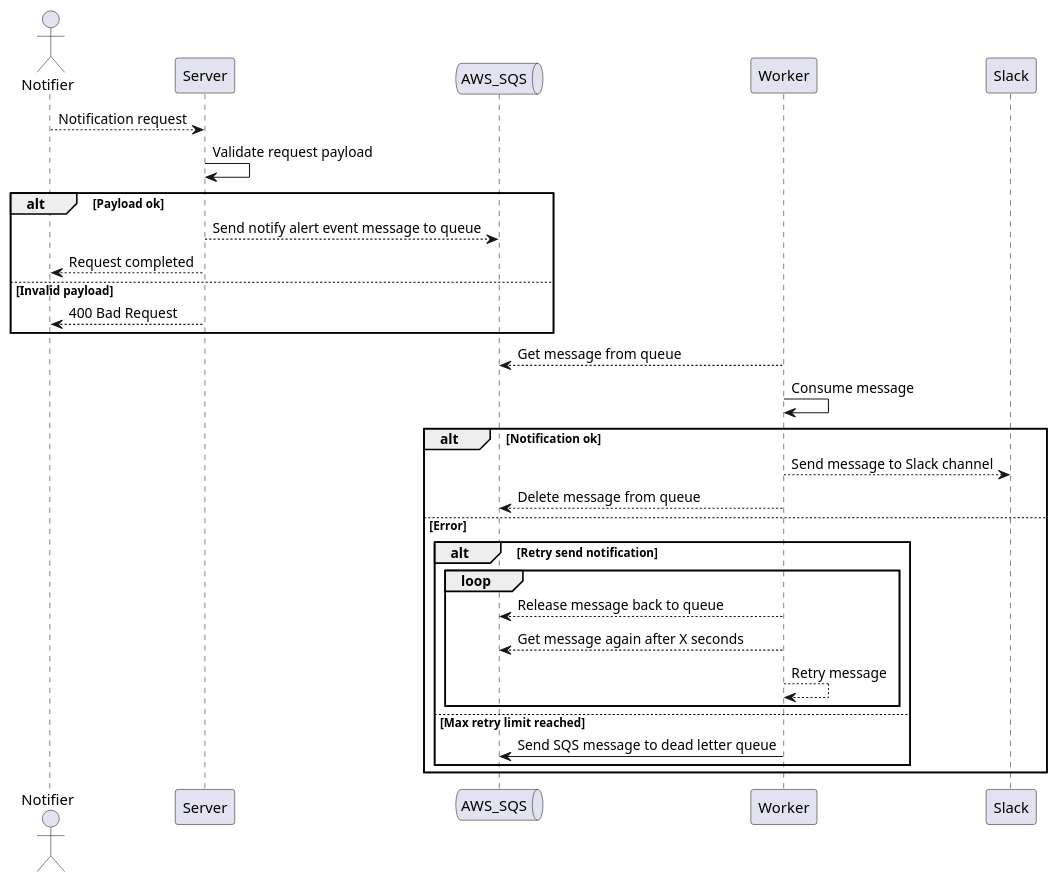
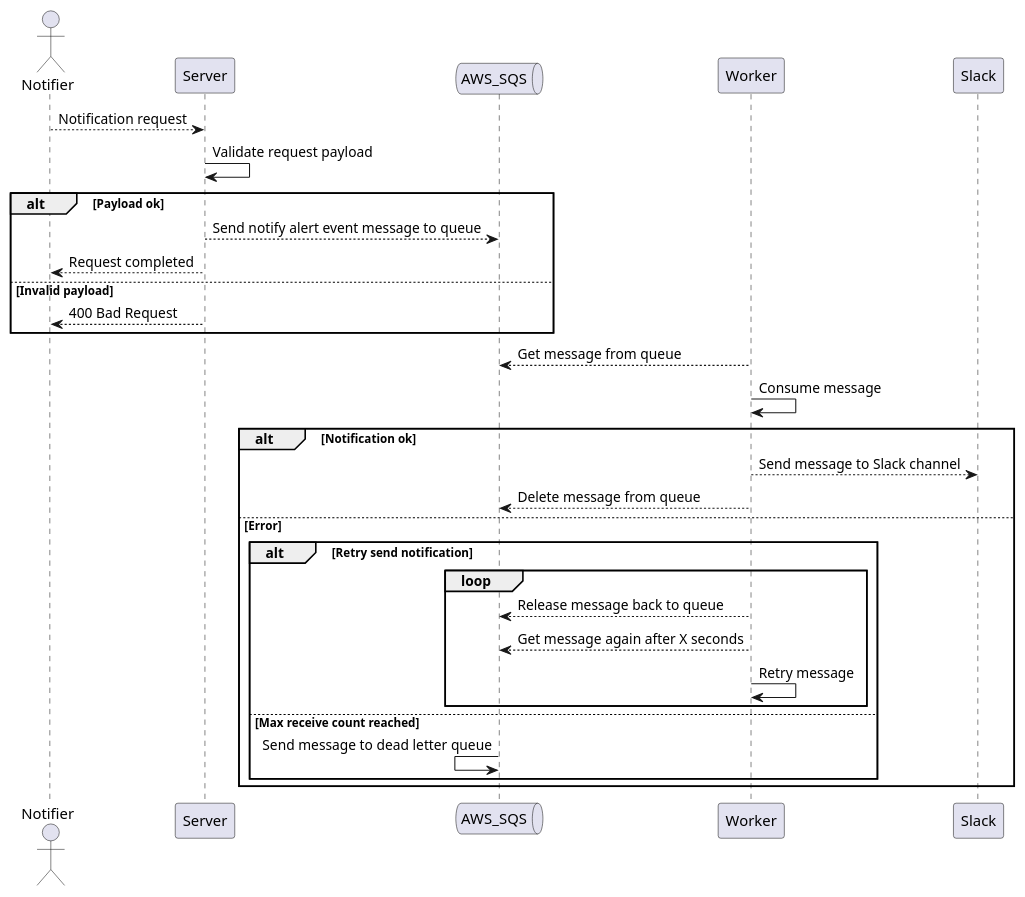
Before and after one commit to rellyson/ifood-challenge: the diagram in docs/diagrams/notify-alert-sequence-diagram.puml, drawn with PlantUML. The commit also changed 1 other file, not shown here.

Commit message:
alert diagram sqs retry updated

```diff
--- a/docs/diagrams/notify-alert-sequence-diagram.puml
+++ b/docs/diagrams/notify-alert-sequence-diagram.puml
@@ -1,37 +1,37 @@
 @startuml Notify alert sequence
 
 Actor Notifier as nf
 Participant Server as sv
 Queue AWS_SQS as sqs
 participant Worker as wk
 participant Slack as sl
 
 nf --> sv: Notification request
 sv -> sv: Validate request payload
 
 alt Payload ok
     sv --> sqs: Send notify alert event message to queue
     sv --> nf: Request completed
 else Invalid payload
     sv --> nf: 400 Bad Request
 end
 
 sqs <-- wk: Get message from queue
 wk -> wk: Consume message
 
 alt Notification ok
     wk --> sl: Send message to Slack channel
     sqs <-- wk: Delete message from queue
 else Error
         alt Retry send notification
             loop
                 sqs <-- wk: Release message back to queue
                 sqs <-- wk: Get message again after X seconds
-                wk --> wk: Retry message
+                wk -> wk: Retry message
             end
-        else Max retry limit reached
-            sqs <- wk: Send SQS message to dead letter queue
+        else Max receive count reached
+            sqs <- sqs: Send message to dead letter queue
     end
 end
 
 @enduml
```
